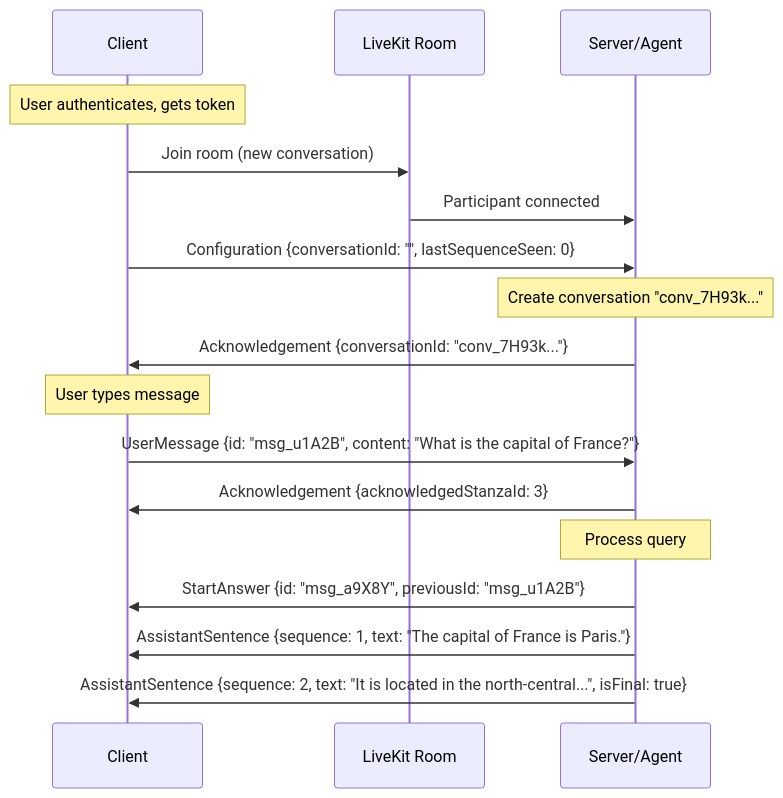
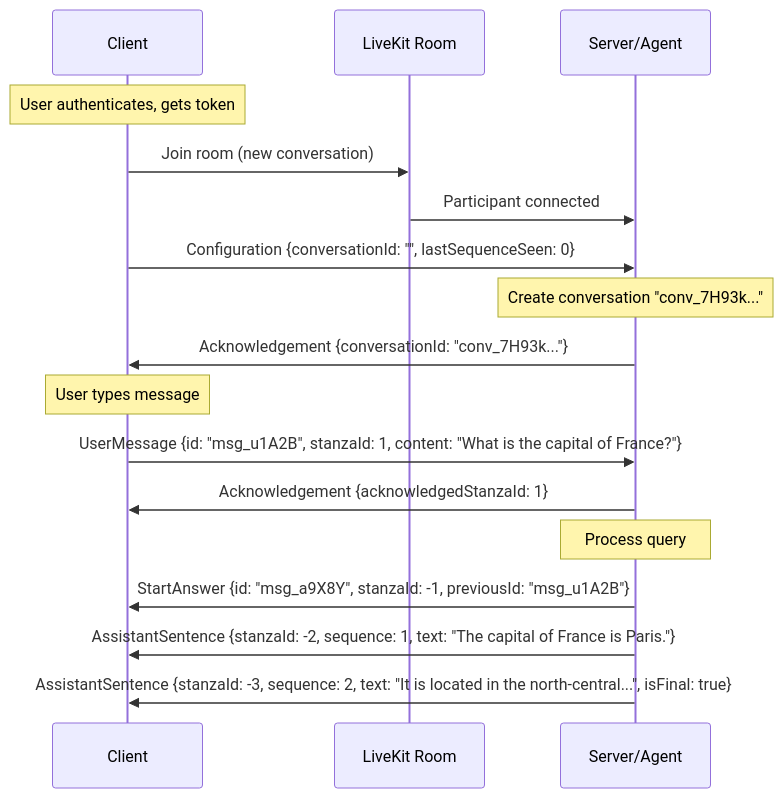
Before and after one commit to longregen/alicia: the first of 6 diagrams in docs/protocol/08-example-sessions.md, drawn with Mermaid. The commit also changed other lines of this file and 429 other files, not shown here.

````diff
--- a/docs/protocol/08-example-sessions.md
+++ b/docs/protocol/08-example-sessions.md
@@ -31,23 +31,23 @@
 ```mermaid
 sequenceDiagram
     participant C as Client
     participant L as LiveKit Room
     participant S as Server/Agent
 
     Note over C: User authenticates, gets token
     C->>L: Join room (new conversation)
     L->>S: Participant connected
 
     C->>S: Configuration {conversationId: "", lastSequenceSeen: 0}
     Note over S: Create conversation "conv_7H93k..."
     S->>C: Acknowledgement {conversationId: "conv_7H93k..."}
 
     Note over C: User types message
-    C->>S: UserMessage {id: "msg_u1A2B", content: "What is the capital of France?"}
-    S->>C: Acknowledgement {acknowledgedStanzaId: 3}
+    C->>S: UserMessage {id: "msg_u1A2B", stanzaId: 1, content: "What is the capital of France?"}
+    S->>C: Acknowledgement {acknowledgedStanzaId: 1}
 
     Note over S: Process query
-    S->>C: StartAnswer {id: "msg_a9X8Y", previousId: "msg_u1A2B"}
-    S->>C: AssistantSentence {sequence: 1, text: "The capital of France is Paris."}
-    S->>C: AssistantSentence {sequence: 2, text: "It is located in the north-central...", isFinal: true}
+    S->>C: StartAnswer {id: "msg_a9X8Y", stanzaId: -1, previousId: "msg_u1A2B"}
+    S->>C: AssistantSentence {stanzaId: -2, sequence: 1, text: "The capital of France is Paris."}
+    S->>C: AssistantSentence {stanzaId: -3, sequence: 2, text: "It is located in the north-central...", isFinal: true}
 ```
````
